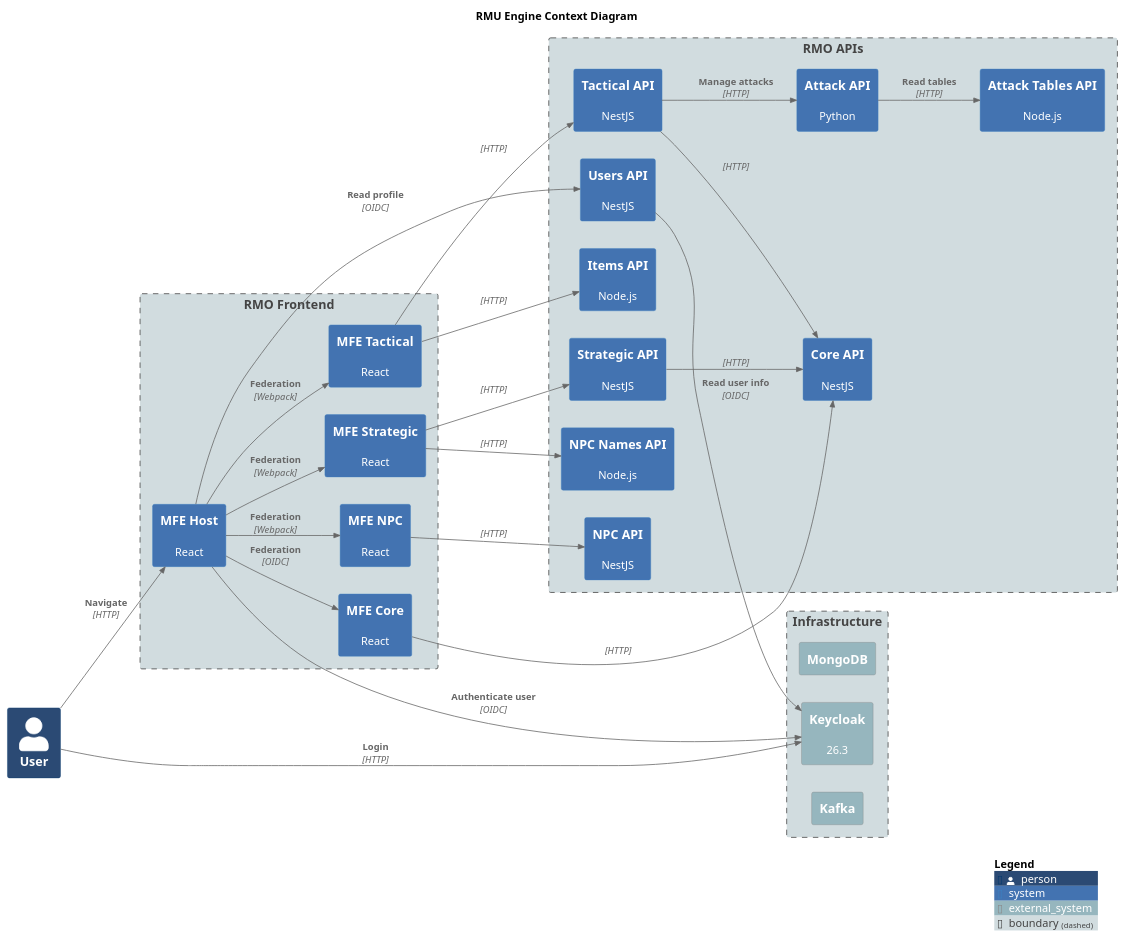
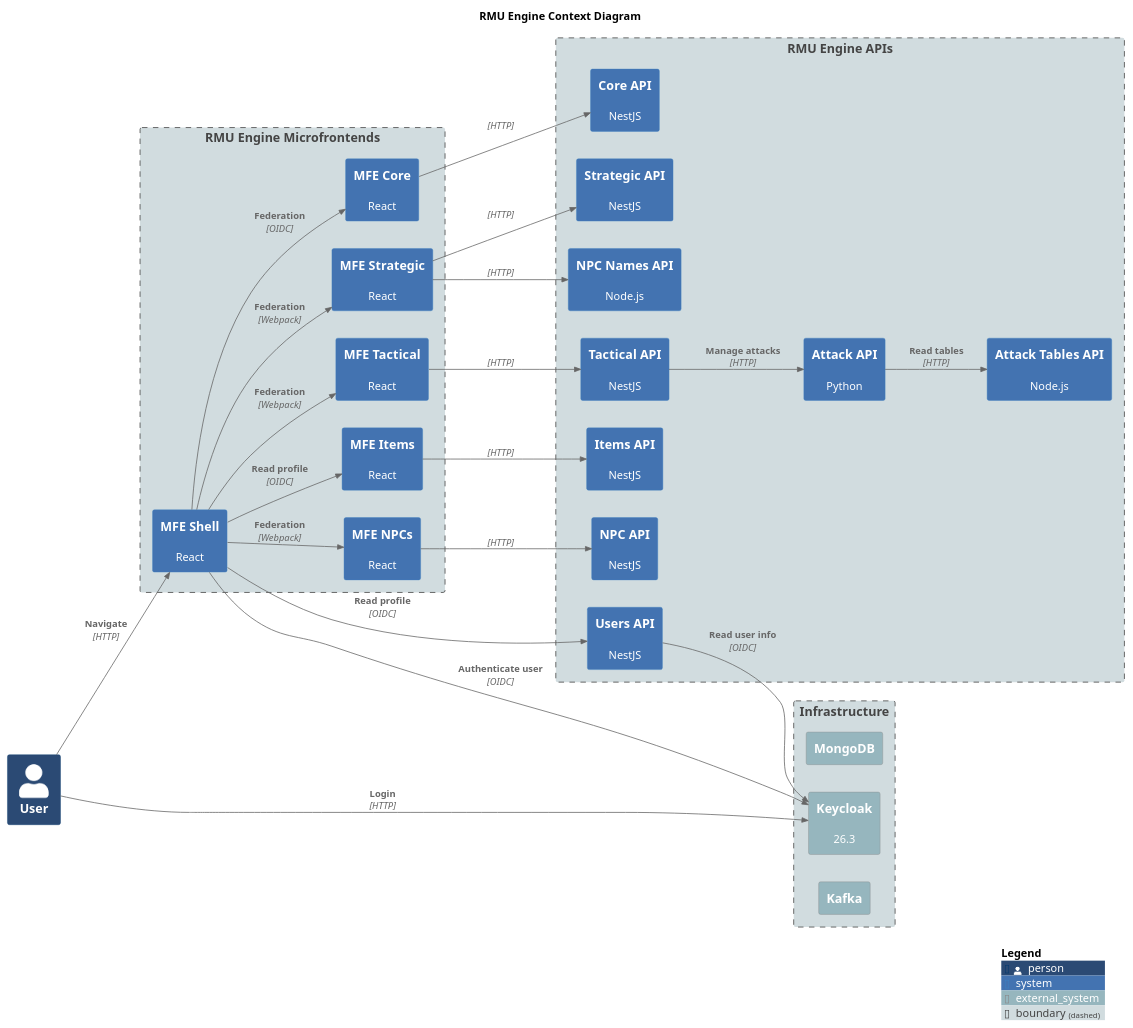
One commit to labcabrera/rmu-platform changed the diagram in diagrams/c4-context.plantuml. Above: the diagram before and after it, drawn with PlantUML. The commit also changed 2 other files, not shown here.

```diff
--- a/diagrams/c4-context.plantuml
+++ b/diagrams/c4-context.plantuml
@@ -1,74 +1,73 @@
 @startuml RMU Engine Context Diagram
 title RMU Engine Context Diagram
 
 !include https://raw.githubusercontent.com/plantuml-stdlib/C4-PlantUML/master/C4_Context.puml
 
 LAYOUT_LEFT_RIGHT()
 
 UpdateElementStyle(person, $bgColor="#2b4a74ff")
 UpdateElementStyle(system, $bgColor="#4373b1ff")
 UpdateElementStyle(external_system, $bgColor="#96b6beff")
 UpdateElementStyle(boundary, $bgColor="#d1dcdfff")
 
 Person(user, "User")
 
-Boundary(frontend, "RMO Frontend") {
-    System(rmu_mfe_host, "MFE Host", "React")
+Boundary(frontend, "RMU Engine Microfrontends") {
+    System(rmu_mfe_shell, "MFE Shell", "React")
     System(rmu_mfe_core, "MFE Core", "React")
     System(rmu_mfe_strategic, "MFE Strategic", "React")
     System(rmu_mfe_tactical, "MFE Tactical", "React")
-    System(rmu_mfe_npc, "MFE NPC", "React")
+    System(rmu_mfe_items, "MFE Items", "React")
+    System(rmu_mfe_npc, "MFE NPCs", "React")
 }
 
-Boundary(apis, "RMO APIs") {
+Boundary(apis, "RMU Engine APIs") {
     System(rmu_api_users, "Users API", "NestJS")
     System(rmu_api_core, "Core API", "NestJS")
     System(rmu_api_strategic, "Strategic API", "NestJS")
     System(rmu_api_tactical, "Tactical API", "NestJS")
     System(rmu_api_npc, "NPC API", "NestJS")
     System(rmu_api_npc_names, "NPC Names API", "Node.js")
     System(rmu_api_attack, "Attack API", "Python")
-    System(rmu_api_items, "Items API", "Node.js")
+    System(rmu_api_items, "Items API", "NestJS")
     System(rmu_api_attack_tables, "Attack Tables API", "Node.js")
 }
 
 Boundary(infrastructure, "Infrastructure") {
     System_Ext(mongodb, "MongoDB", "")
     System_Ext(keycloak, "Keycloak", "26.3")
     System_Ext(kafka, "Kafka", "")
 }
 
-Rel(user, rmu_mfe_host, "Navigate", "HTTP")
+Rel(user, rmu_mfe_shell, "Navigate", "HTTP")
 Rel(user, keycloak, "Login", "HTTP")
 
-' Frontends
+Rel(rmu_mfe_shell, rmu_mfe_core, "Federation", "OIDC")
+Rel(rmu_mfe_shell, rmu_mfe_strategic, "Federation", "Webpack")
+Rel(rmu_mfe_shell, rmu_mfe_tactical, "Federation", "Webpack")
+Rel(rmu_mfe_shell, rmu_mfe_items, "Read profile", "OIDC")
+Rel(rmu_mfe_shell, rmu_mfe_npc, "Federation", "Webpack")
 
-Rel(rmu_mfe_host, rmu_mfe_core, "Federation", "OIDC")
-Rel(rmu_mfe_host, rmu_mfe_strategic, "Federation", "Webpack")
-Rel(rmu_mfe_host, rmu_mfe_tactical, "Federation", "Webpack")
-Rel(rmu_mfe_host, rmu_mfe_npc, "Federation", "Webpack")
-Rel(rmu_mfe_host, rmu_api_users, "Read profile", "OIDC")
-Rel(rmu_mfe_host, keycloak, "Authenticate user", "OIDC")
+Rel(rmu_mfe_shell, rmu_api_users, "Read profile", "OIDC")
+Rel(rmu_mfe_shell, keycloak, "Authenticate user", "OIDC")
 
 Rel(rmu_mfe_core, rmu_api_core, "", "HTTP")
 
 Rel(rmu_mfe_strategic, rmu_api_strategic, "", "HTTP")
 Rel(rmu_mfe_strategic, rmu_api_npc_names, "", "HTTP")
 
 Rel(rmu_mfe_tactical, rmu_api_tactical, "", "HTTP")
-Rel(rmu_mfe_tactical, rmu_api_items, "", "HTTP")
 
 Rel(rmu_api_users, keycloak, "Read user info", "OIDC")
 
 Rel(rmu_mfe_npc, rmu_api_npc, "", "HTTP")
 
-Rel(rmu_api_strategic, rmu_api_core, "", "HTTP")
+Rel(rmu_mfe_items, rmu_api_items, "", "HTTP")
 
 Rel(rmu_api_tactical, rmu_api_attack, "Manage attacks", "HTTP")
-Rel(rmu_api_tactical, rmu_api_core, "", "HTTP")
 
 Rel(rmu_api_attack, rmu_api_attack_tables, "Read tables", "HTTP")
 
 SHOW_LEGEND()
 
 @enduml
```
